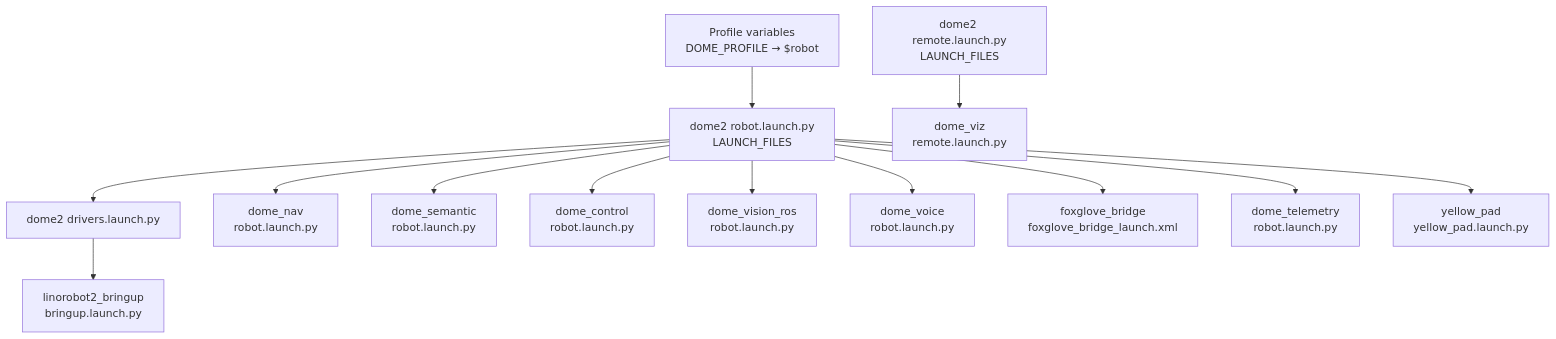
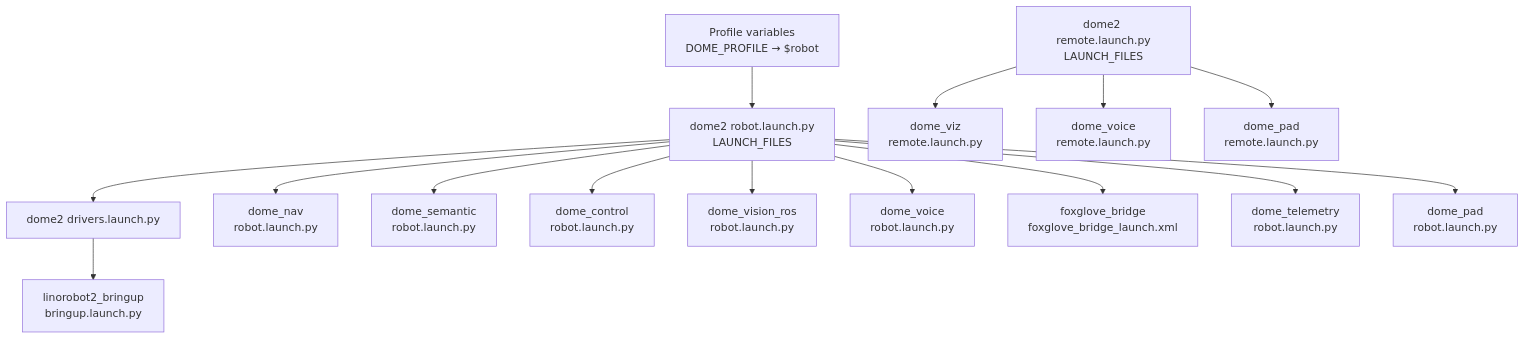
The diagram in process/01-literate/01-dome2_architecture.md (Boston-Robot-Hackers/dome2), drawn with Mermaid before and after one commit. The commit also changed 16 other files, not shown here.

First line of the commit message:
F09: the Yellow Pad as dome_pad, on both launchers

````diff
--- a/process/01-literate/01-dome2_architecture.md
+++ b/process/01-literate/01-dome2_architecture.md
@@ -38,30 +38,34 @@
 ```mermaid
 graph TD
     ENV["Profile variables<br/>DOME_PROFILE → $robot"]
     robot["dome2 robot.launch.py<br/>LAUNCH_FILES"]
     remote["dome2 remote.launch.py<br/>LAUNCH_FILES"]
 
     drivers["dome2 drivers.launch.py"]
     nav["dome_nav<br/>robot.launch.py"]
     sem["dome_semantic<br/>robot.launch.py"]
     lino["linorobot2_bringup<br/>bringup.launch.py"]
     dc["dome_control<br/>robot.launch.py"]
     dvr["dome_vision_ros<br/>robot.launch.py"]
     dv["dome_voice<br/>robot.launch.py"]
     fox["foxglove_bridge<br/>foxglove_bridge_launch.xml"]
     tel["dome_telemetry<br/>robot.launch.py"]
-    yp["yellow_pad<br/>yellow_pad.launch.py"]
+    pad["dome_pad<br/>robot.launch.py"]
     viz["dome_viz<br/>remote.launch.py"]
+    dvl["dome_voice<br/>remote.launch.py"]
+    padr["dome_pad<br/>remote.launch.py"]
 
     ENV --> robot
     robot --> drivers --> lino
     robot --> nav
     robot --> sem
     robot --> dc
     robot --> dvr
     robot --> dv
     robot --> fox
     robot --> tel
-    robot --> yp
+    robot --> pad
     remote --> viz
+    remote --> dvl
+    remote --> padr
 ```
````
